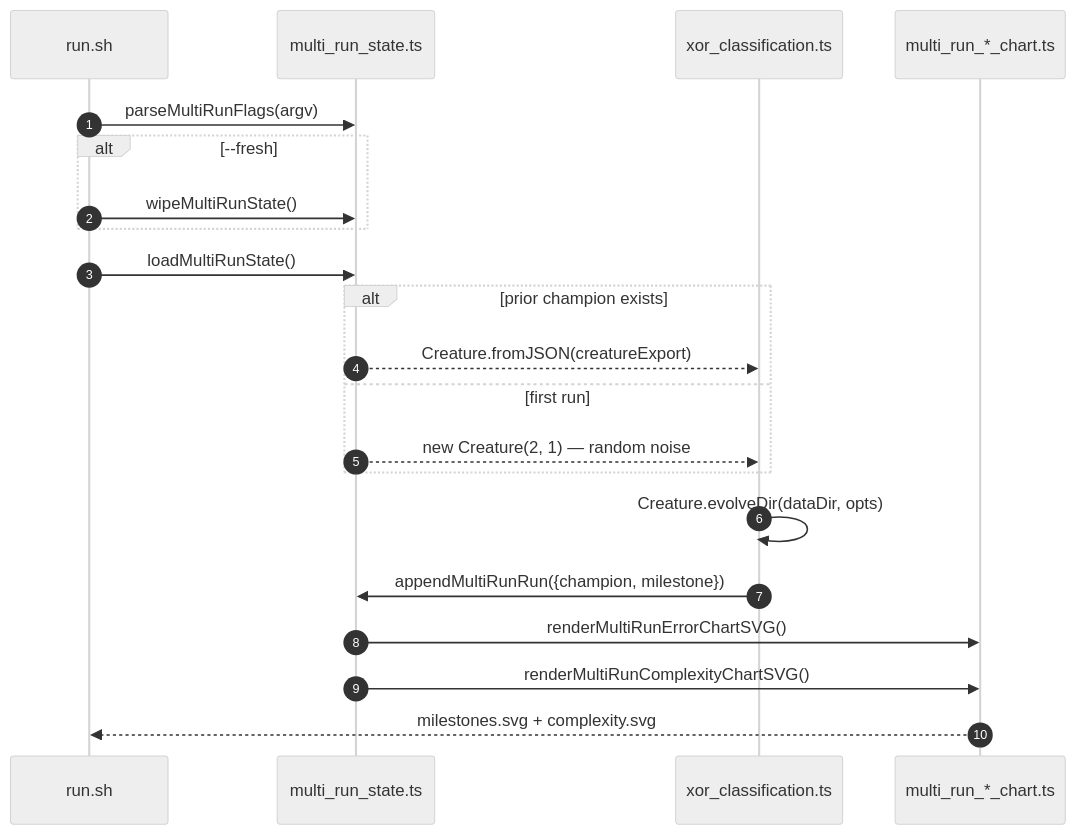
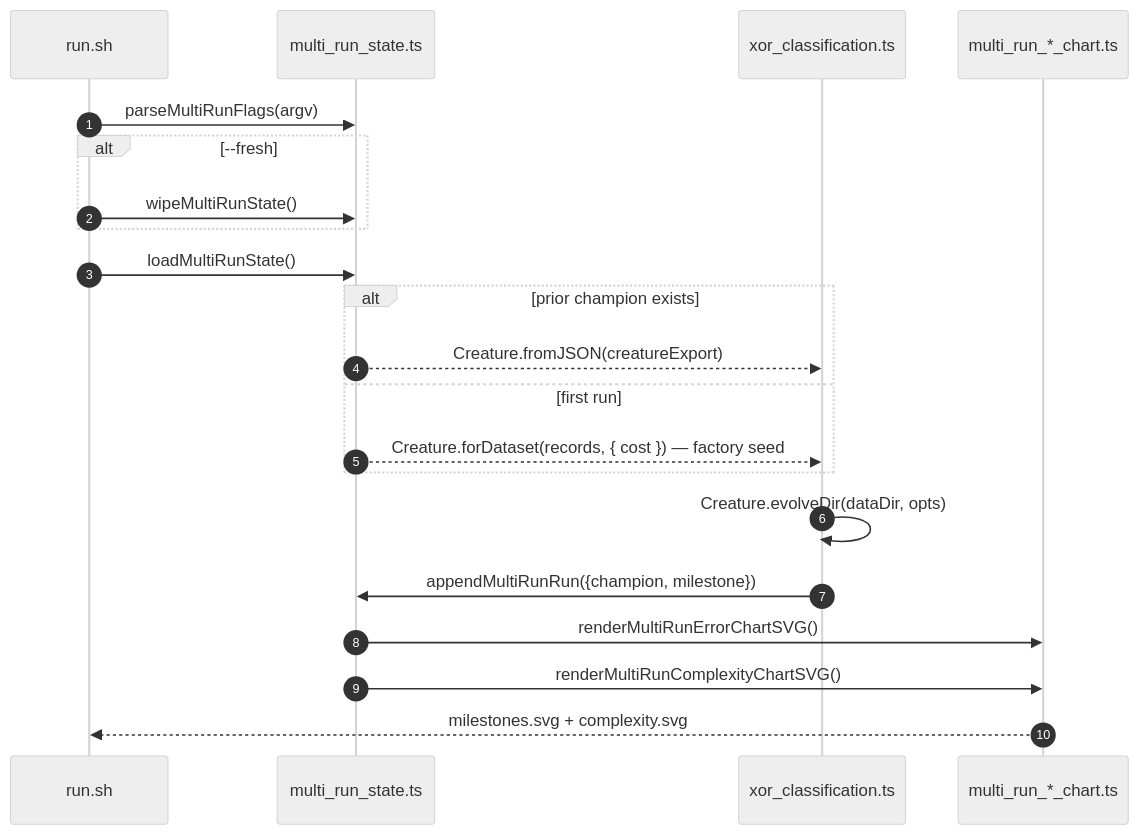
Before and after one commit to stSoftwareAU/NEAT-AI-Examples: the second of 2 diagrams in xor_classification/README.md, drawn with Mermaid (neutral theme). The commit also changed other lines of this file and 3 other files, not shown here.

First line of the commit message:
XOR: build the initial creature via the NEAT-AI factory (Issue #520)

````diff
--- a/xor_classification/README.md
+++ b/xor_classification/README.md
@@ -141,23 +145,23 @@
 ```mermaid
 sequenceDiagram
     autonumber
     participant CLI as run.sh
     participant State as multi_run_state.ts
     participant Xor as xor_classification.ts
     participant Charts as multi_run_*_chart.ts
     CLI->>State: parseMultiRunFlags(argv)
     alt --fresh
         CLI->>State: wipeMultiRunState()
     end
     CLI->>State: loadMultiRunState()
     alt prior champion exists
         State-->>Xor: Creature.fromJSON(creatureExport)
     else first run
-        State-->>Xor: new Creature(2, 1) — random noise
+        State-->>Xor: Creature.forDataset(records, { cost }) — factory seed
     end
     Xor->>Xor: Creature.evolveDir(dataDir, opts)
     Xor->>State: appendMultiRunRun({champion, milestone})
     State->>Charts: renderMultiRunErrorChartSVG()
     State->>Charts: renderMultiRunComplexityChartSVG()
     Charts-->>CLI: milestones.svg + complexity.svg
 ```
````
